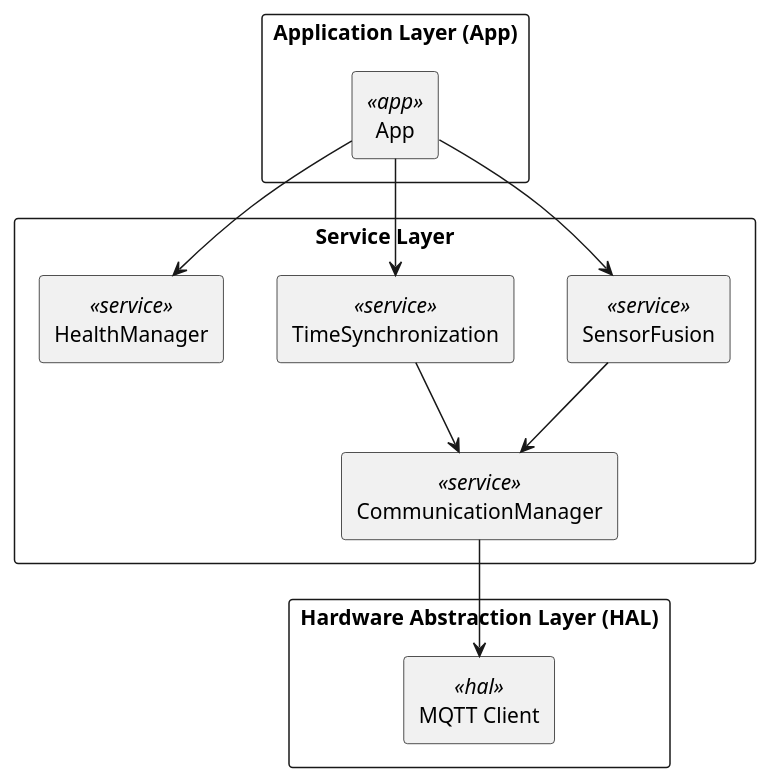
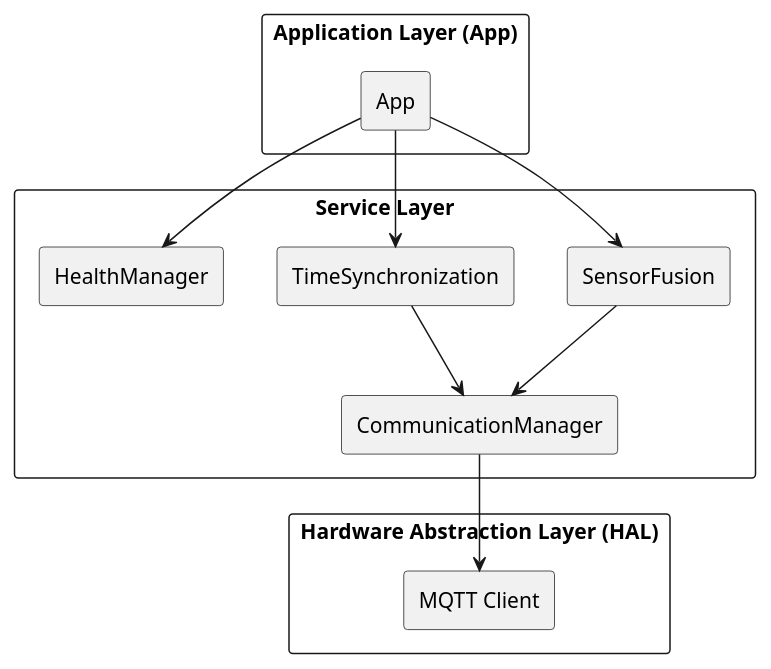
Before and after one commit to BlueAndi/DroidControlShip: the diagram in doc/SensorFusion/architecture/ThreeLayerDiagram.puml, drawn with PlantUML. The commit also changed 4 other files, not shown here.

```diff
--- a/doc/SensorFusion/architecture/ThreeLayerDiagram.puml
+++ b/doc/SensorFusion/architecture/ThreeLayerDiagram.puml
@@ -1,36 +1,36 @@
 @startuml ThreeLayerArchitecture
 skinparam componentStyle rectangle
 skinparam packageStyle rectangle
 skinparam shadowing false
 skinparam defaultFontName Helvetica
 
 ' ===== Layer: Application =====
 package "Application Layer (App)" as AppLayer {
-  component "App" <<app>> as App
+  component "App" as App
 }
 ' ===== Layer: Service =====
 package "Service Layer" as ServiceLayer {
-    component "SensorFusion" <<service>> as SensorFusionService
-    component "TimeSynchronization" <<service>> as TimeSyncService
-    component "HealthManager" <<service>> as HealthManagerService
-    component "CommunicationManager" <<service>> as CommManagerService
+    component "SensorFusion" as SensorFusionService
+    component "TimeSynchronization" as TimeSyncService
+    component "HealthManager" as HealthManagerService
+    component "CommunicationManager" as CommManagerService
 }
 
 ' ===== Layer: Hardware Abstraction Layer (HAL) =====
 package "Hardware Abstraction Layer (HAL)" as HALLayer {
-    component "MQTT Client" <<hal>> as MQTTClientHAL
+    component "MQTT Client" as MQTTClientHAL
 }
 
 ' ===== Relationships =====
 App -down-> SensorFusionService
 App -down-> TimeSyncService
 App -down-> HealthManagerService
 
 SensorFusionService -down-> CommManagerService
 CommManagerService -down-> MQTTClientHAL
 TimeSyncService -down-> CommManagerService
 
 
 
 
 @enduml
```
